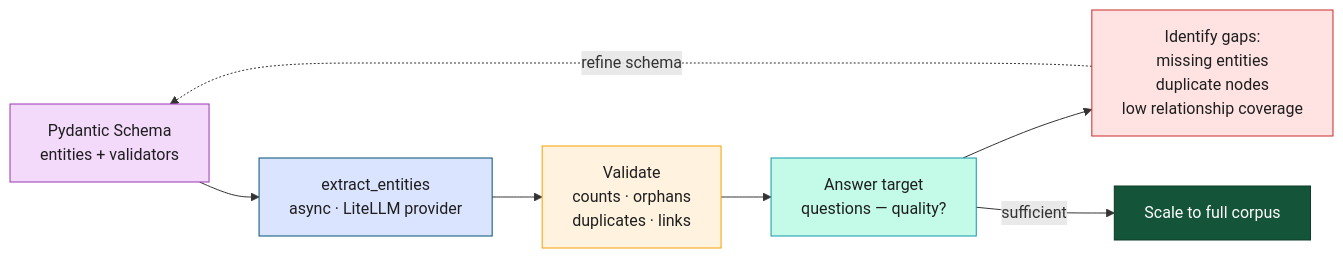
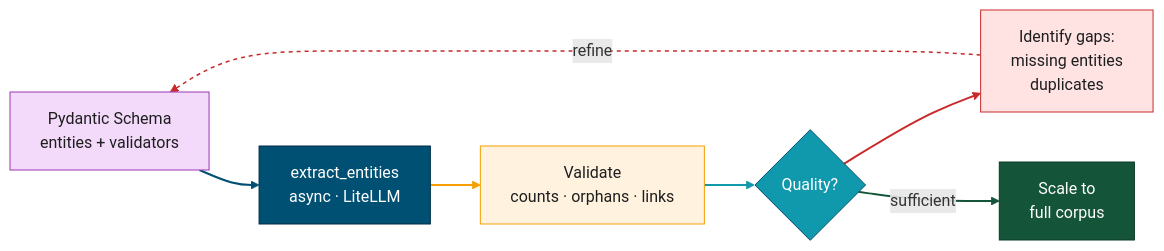
Before and after one commit to joy-neo4j/graph-intelligence-agent: diagram 12 of 13 in outputs/Graph_Intelligence_Technical_DeepDive.md, drawn with Mermaid. The commit also changed other lines of this file and 1 other file, not shown here.

````diff
--- a/outputs/Graph_Intelligence_Technical_DeepDive.md
+++ b/outputs/Graph_Intelligence_Technical_DeepDive.md
@@ -799,15 +869,21 @@
 ```mermaid
 flowchart LR
-    Sch["Pydantic Schema<br/>entities + validators"] --> Ex["extract_entities<br/>async · LiteLLM provider"]
-    Ex --> Val["Validate<br/>counts · orphans<br/>duplicates · links"]
-    Val --> Q["Answer target\nquestions — quality?"]
-    Q --> Fix["Identify gaps:<br/>missing entities<br/>duplicate nodes<br/>low relationship coverage"]
-    Fix -.->|refine schema| Sch
-    Q -->|sufficient| Done["Scale to full corpus"]
+    Sch["Pydantic Schema<br/>entities + validators"] --> Ex["extract_entities<br/>async · LiteLLM"]
+    Ex --> Val["Validate<br/>counts · orphans · links"]
+    Val --> Q{"Quality?"}
+    Q --> Fix["Identify gaps:<br/>missing entities<br/>duplicates"]
+    Fix -.->|"refine"| Sch
+    Q -->|"sufficient"| Done["Scale to<br/>full corpus"]
     style Sch fill:#f3d9fa,stroke:#9c36b5,color:#1e1e1e
-    style Ex fill:#dbe4ff,stroke:#005073,color:#1e1e1e
+    style Ex fill:#005073,stroke:#002B43,color:#fff
     style Val fill:#fff3e0,stroke:#f59f00,color:#1e1e1e
-    style Q fill:#c3fae8,stroke:#1098ad,color:#1e1e1e
+    style Q fill:#1098ad,stroke:#005073,color:#fff
     style Fix fill:#ffe3e3,stroke:#c92a2a,color:#1e1e1e
     style Done fill:#145439,stroke:#0d3a26,color:#fff
+    linkStyle 0 stroke:#005073,stroke-width:2px
+    linkStyle 1 stroke:#f59f00,stroke-width:2px
+    linkStyle 2 stroke:#1098ad,stroke-width:2px
+    linkStyle 3 stroke:#c92a2a,stroke-width:2px
+    linkStyle 4 stroke:#c92a2a,stroke-width:1.5px,stroke-dasharray:4
+    linkStyle 5 stroke:#145439,stroke-width:2px
 ```
````
